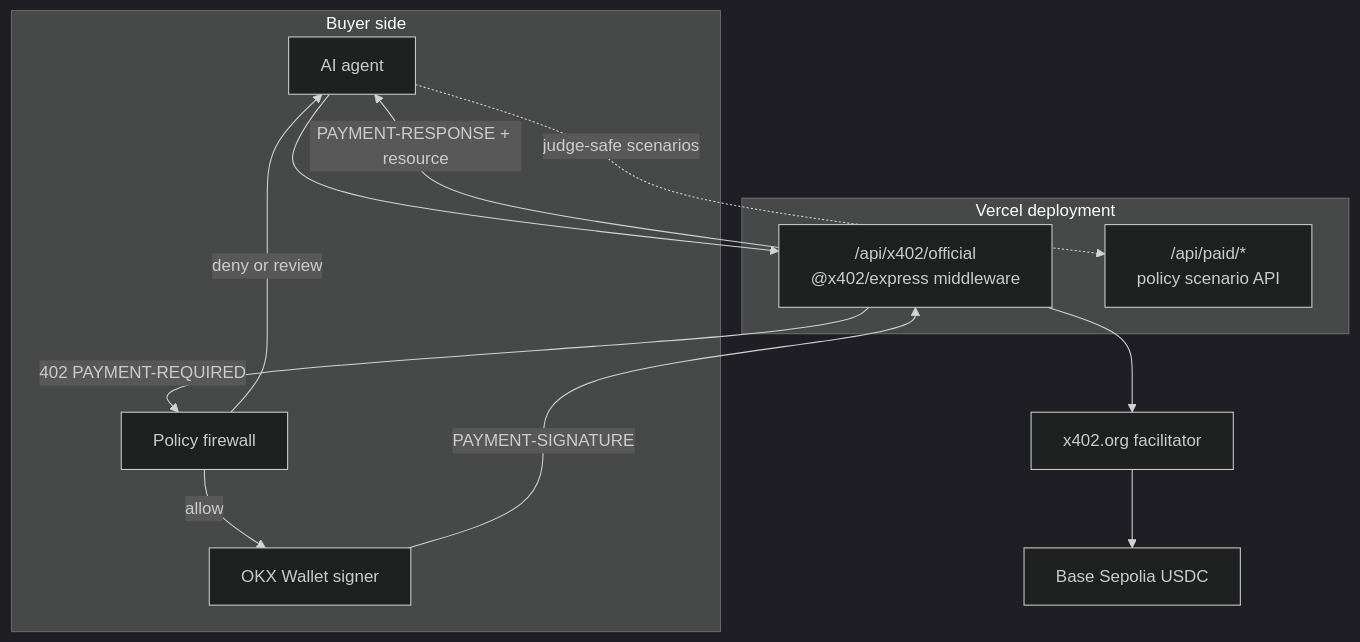
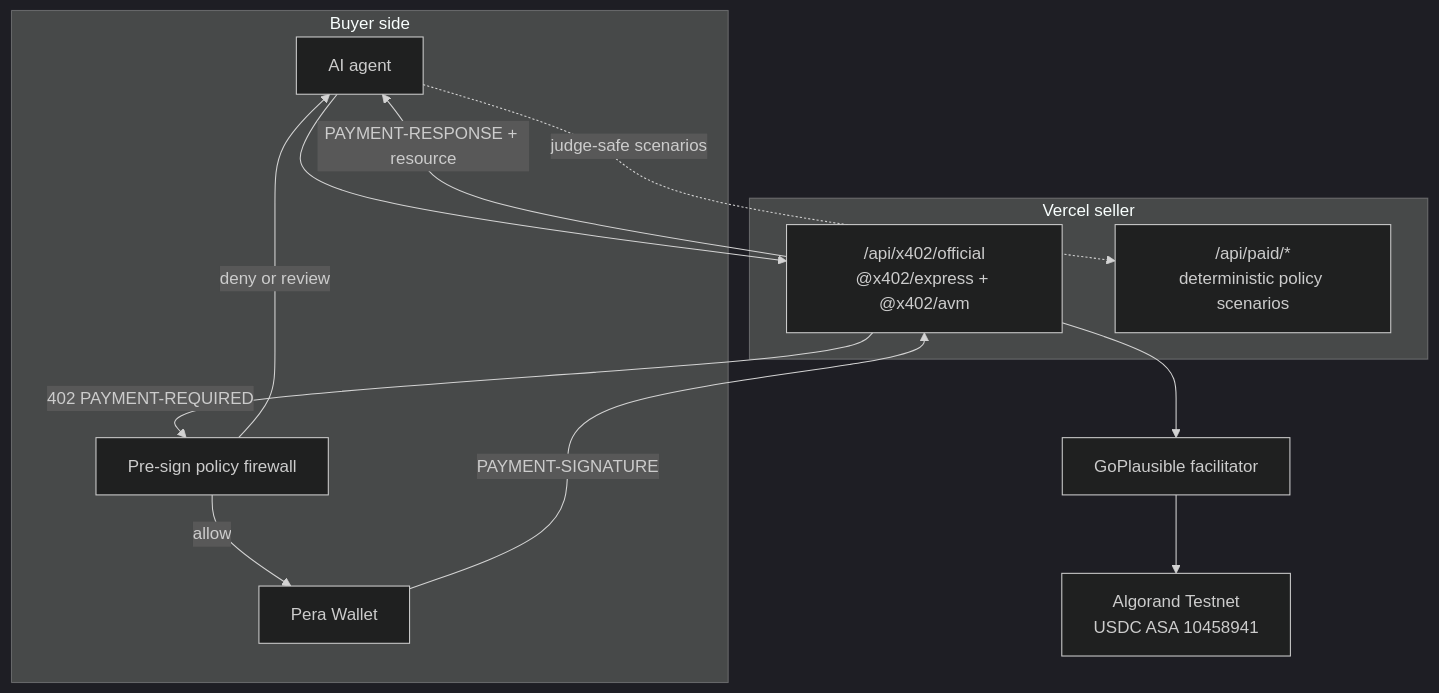
Before and after one commit to FeeeeelixWong/agentpay-firewall: the diagram in ARCHITECTURE.md, drawn with Mermaid (dark theme). The commit also changed other lines of this file and 26 other files, not shown here.

Commit message:
feat: migrate primary x402 flow to Algorand

````diff
--- a/ARCHITECTURE.md
+++ b/ARCHITECTURE.md
@@ -7,26 +7,26 @@
 ```mermaid
 flowchart TB
   subgraph Buyer["Buyer side"]
     Agent["AI agent"]
-    Policy["Policy firewall"]
-    Wallet["OKX Wallet signer"]
+    Policy["Pre-sign policy firewall"]
+    Wallet["Pera Wallet"]
   end
 
-  subgraph Seller["Vercel deployment"]
-    Official["/api/x402/official\n@x402/express middleware"]
-    Sim["/api/paid/*\npolicy scenario API"]
+  subgraph Seller["Vercel seller"]
+    Official["/api/x402/official\n@x402/express + @x402/avm"]
+    Sim["/api/paid/*\ndeterministic policy scenarios"]
   end
 
-  Facilitator["x402.org facilitator"]
-  Chain["Base Sepolia USDC"]
+  Facilitator["GoPlausible facilitator"]
+  Chain["Algorand Testnet\nUSDC ASA 10458941"]
 
   Agent --> Official
   Official -->|"402 PAYMENT-REQUIRED"| Policy
   Policy -->|"allow"| Wallet
   Policy -->|"deny or review"| Agent
   Wallet -->|"PAYMENT-SIGNATURE"| Official
   Official --> Facilitator
   Facilitator --> Chain
   Official -->|"PAYMENT-RESPONSE + resource"| Agent
   Agent -. "judge-safe scenarios" .-> Sim
 ```
````
